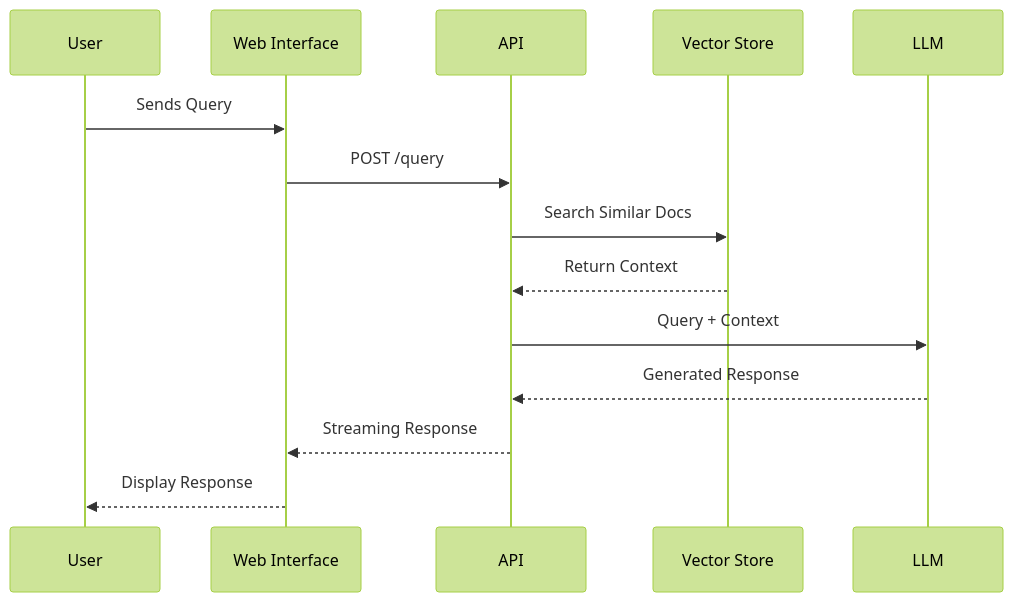
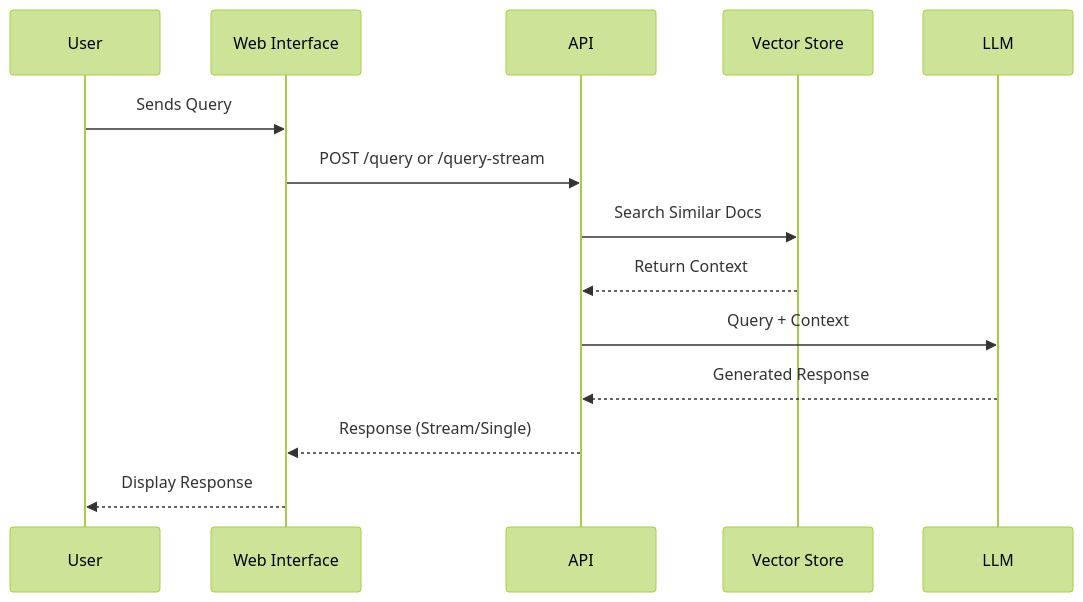
One commit to mnhlt/General-RAG changed the first of 3 diagrams in ARCHITECTURE.md. Above: the diagram before and after it, drawn with Mermaid (forest theme). The commit also changed other lines of this file and 9 other files, not shown here.

````diff
--- a/ARCHITECTURE.md
+++ b/ARCHITECTURE.md
@@ -154,17 +29,17 @@
 ```mermaid
 sequenceDiagram
     participant U as User
     participant W as Web Interface
     participant A as API
     participant V as Vector Store
     participant L as LLM
 
     U->>W: Sends Query
-    W->>A: POST /query
+    W->>A: POST /query or /query-stream
     A->>V: Search Similar Docs
     V-->>A: Return Context
     A->>L: Query + Context
     L-->>A: Generated Response
-    A-->>W: Streaming Response
+    A-->>W: Response (Stream/Single)
     W-->>U: Display Response
 ```
````
